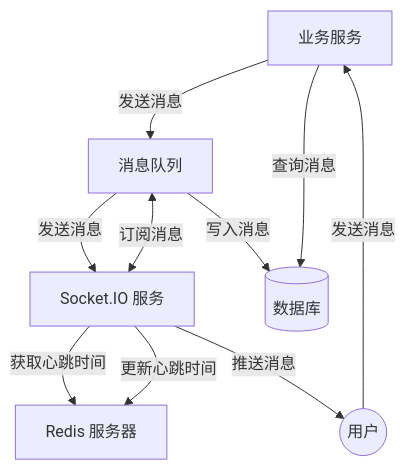
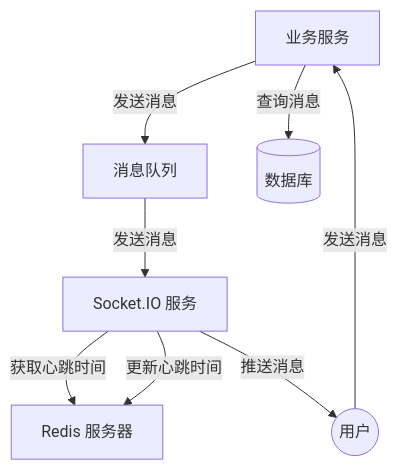
One commit to summer-like-coding/chat-system changed the third of 3 diagrams in docs/3.sequence.md. Above: the diagram before and after it, drawn with Mermaid. The commit also changed other lines of this file and 12 other files, not shown here.

````diff
--- a/docs/3.sequence.md
+++ b/docs/3.sequence.md
@@ -62,19 +78,17 @@
 ```mermaid
 graph TD
   Service[业务服务]
   Redis[Redis 服务器]
   MQ[消息队列]
   WebSocket[Socket.IO 服务]
   DB[(数据库)]
   User((用户))
 
   WebSocket -- 获取心跳时间 --> Redis
   Service -- 发送消息 --> MQ
-  WebSocket <-- 订阅消息 --> MQ
   MQ -- 发送消息 --> WebSocket
-  MQ -- 写入消息 --> DB
   WebSocket -- 更新心跳时间 --> Redis
   WebSocket -- 推送消息 --> User
   User -- 发送消息 --> Service
   Service -- 查询消息 --> DB
 ```
````
